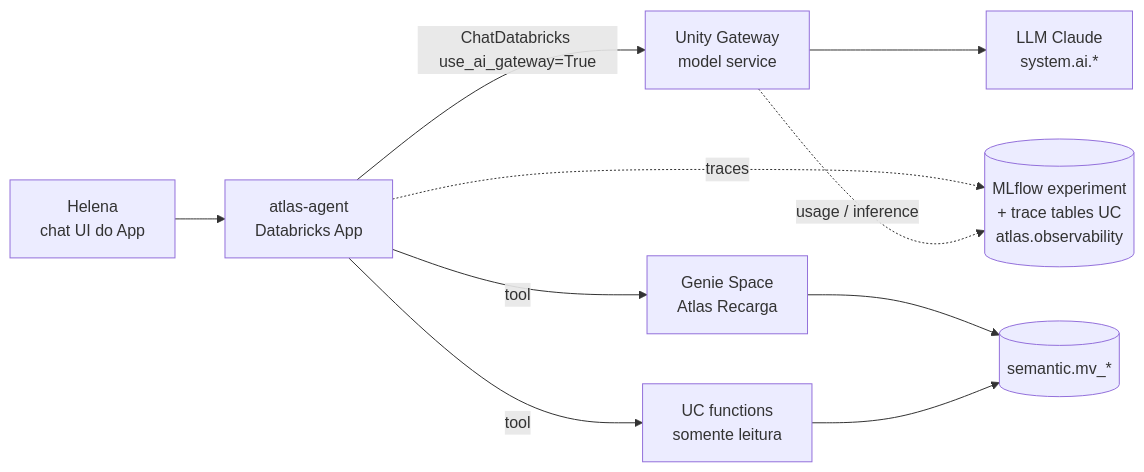
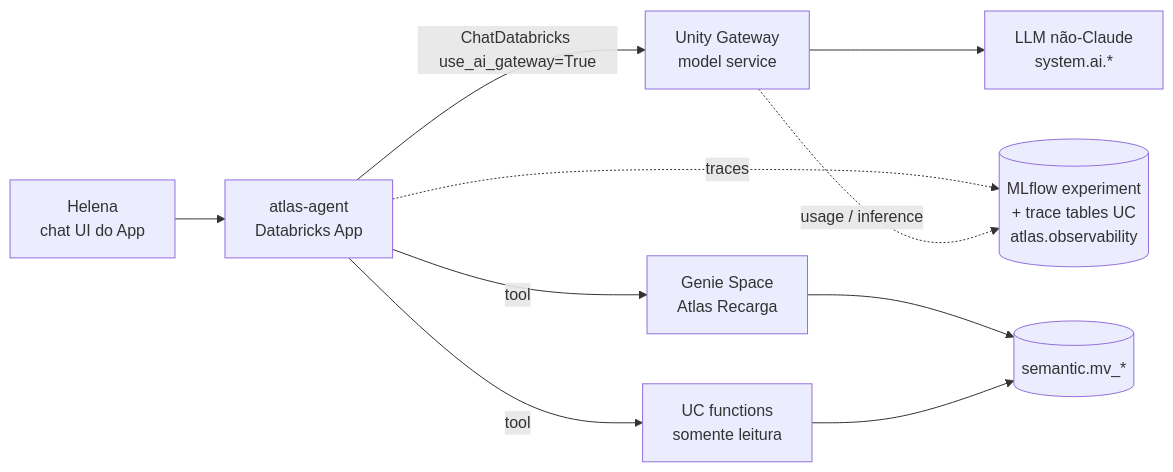
The diagram in docs/specs/005-business-agent/spec.md (AndreFelippeVidal/atlas-recarga), drawn with Mermaid before and after one commit. The commit also changed other lines of this file and 6 other files, not shown here.

````diff
--- a/docs/specs/005-business-agent/spec.md
+++ b/docs/specs/005-business-agent/spec.md
@@ -10,12 +10,12 @@
 ```mermaid
 flowchart LR
     U[Helena<br/>chat UI do App] --> A[atlas-agent<br/>Databricks App]
     A -->|ChatDatabricks use_ai_gateway=True| G[Unity Gateway<br/>model service]
-    G --> L[LLM Claude<br/>system.ai.*]
+    G --> L[LLM não-Claude<br/>system.ai.*]
     A -->|tool| GE[Genie Space<br/>Atlas Recarga]
     A -->|tool| F[UC functions<br/>somente leitura]
     GE --> MV[(semantic.mv_*)]
     F --> MV
     A -.traces.-> T[(MLflow experiment<br/>+ trace tables UC<br/>atlas.observability)]
     G -.usage / inference.-> T
 ```
````
